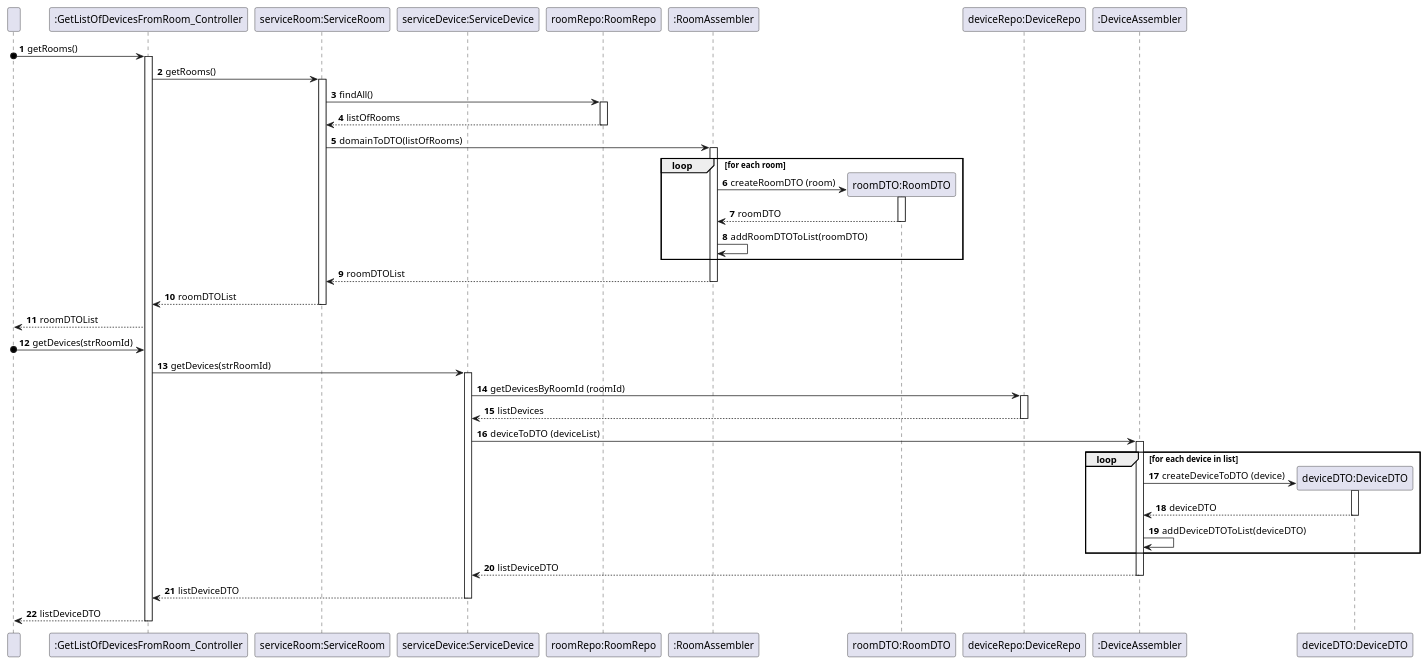
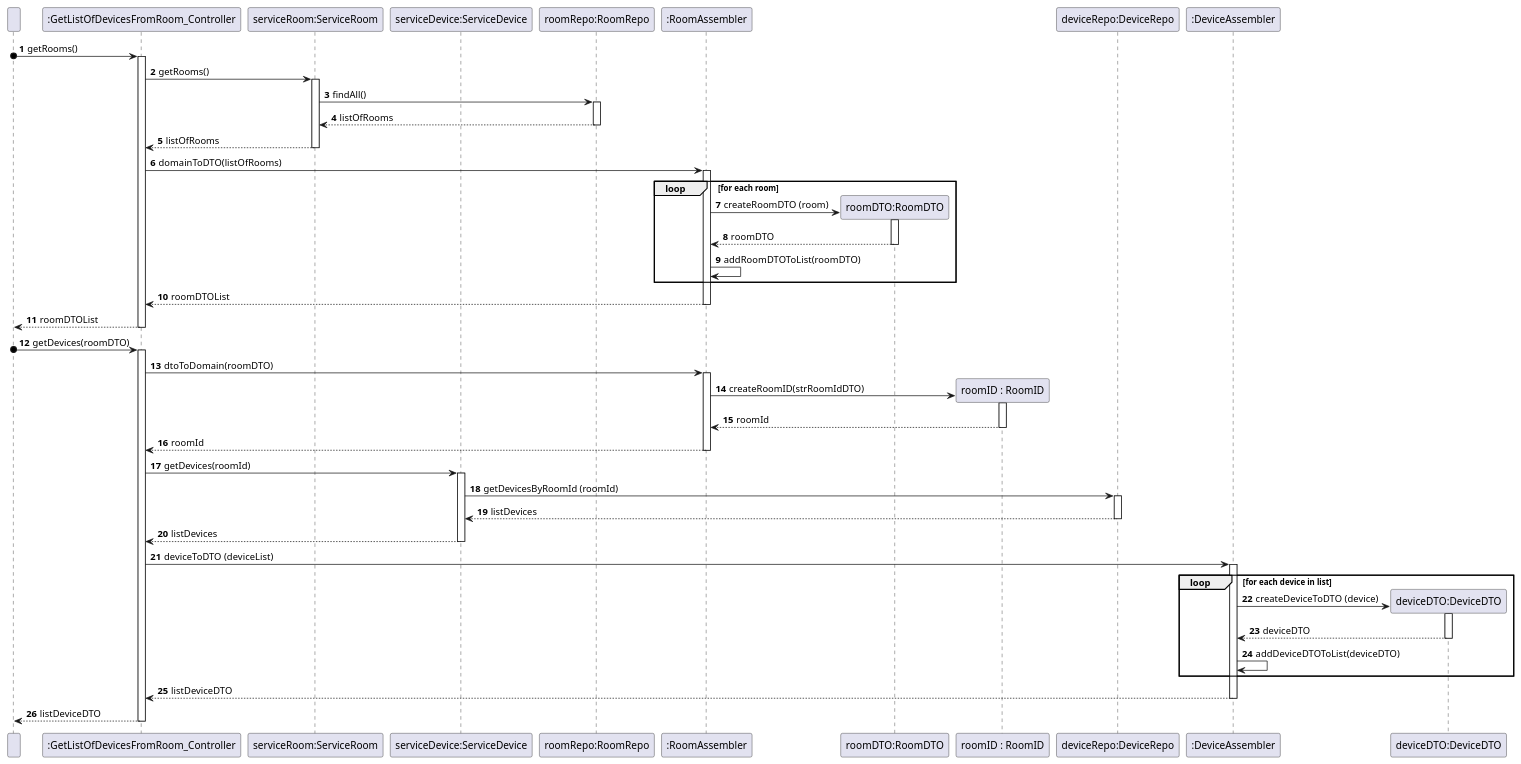
One commit to olivDiogo/SmartHome changed the diagram in docs/userStories/us06/artifacts/US06SD.puml. Above: the diagram before and after it, drawn with PlantUML.

Commit message:
docs: refactor of SDof US006 #76

```diff
--- a/docs/userStories/us06/artifacts/US06SD.puml
+++ b/docs/userStories/us06/artifacts/US06SD.puml
@@ -1,113 +1,140 @@
 @startuml
 'https://plantuml.com/sequence-diagram
 participant " " as User
 participant ":GetListOfDevicesFromRoom_Controller" as GetListOfDevicesFromRoom_Controller
 
 participant "serviceRoom:ServiceRoom" as ServiceRoom
 participant "serviceDevice:ServiceDevice" as ServiceDevice
 
 participant "roomRepo:RoomRepo" as RoomRepo
 participant ":RoomAssembler" as RoomAssembler
+
 participant "roomDTO:RoomDTO" as RoomDTO
+
+participant "roomID : RoomID" as RoomID
 
 participant "deviceRepo:DeviceRepo" as DeviceRepo
 participant ":DeviceAssembler" as DeviceAssembler
 participant "deviceDTO:DeviceDTO" as DeviceDTO
 
 autonumber
 
 User o-> GetListOfDevicesFromRoom_Controller: getRooms()
 
 activate GetListOfDevicesFromRoom_Controller
 
 GetListOfDevicesFromRoom_Controller -> ServiceRoom: getRooms()
 
 activate ServiceRoom
 
 ServiceRoom -> RoomRepo: findAll()
 
 activate RoomRepo
 
 RoomRepo --> ServiceRoom: listOfRooms
 
 deactivate RoomRepo
 
-ServiceRoom -> RoomAssembler : domainToDTO(listOfRooms)
+ServiceRoom --> GetListOfDevicesFromRoom_Controller: listOfRooms
+
+deactivate ServiceRoom
+
+GetListOfDevicesFromRoom_Controller -> RoomAssembler : domainToDTO(listOfRooms)
 
 activate RoomAssembler
 
 loop for each room
 
     create RoomDTO
 
     RoomAssembler -> RoomDTO: createRoomDTO (room)
 
      activate RoomDTO
 
      RoomDTO --> RoomAssembler: roomDTO
 
       deactivate RoomDTO
 
      RoomAssembler -> RoomAssembler: addRoomDTOToList(roomDTO)
 
 end
-RoomAssembler --> ServiceRoom: roomDTOList
+RoomAssembler --> GetListOfDevicesFromRoom_Controller: roomDTOList
 
 deactivate RoomAssembler
 
-ServiceRoom --> GetListOfDevicesFromRoom_Controller: roomDTOList
-
-deactivate ServiceRoom
-
 GetListOfDevicesFromRoom_Controller --> User : roomDTOList
 
-User o-> GetListOfDevicesFromRoom_Controller: getDevices(strRoomId)
+deactivate GetListOfDevicesFromRoom_Controller
 
-GetListOfDevicesFromRoom_Controller -> ServiceDevice: getDevices(strRoomId)
+User o-> GetListOfDevicesFromRoom_Controller: getDevices(roomDTO)
+
+activate GetListOfDevicesFromRoom_Controller
+
+GetListOfDevicesFromRoom_Controller -> RoomAssembler : dtoToDomain(roomDTO)
+
+activate RoomAssembler
+
+create RoomID
+
+RoomAssembler -> RoomID: createRoomID(strRoomIdDTO)
+
+activate RoomID
+
+RoomID --> RoomAssembler: roomId
+
+deactivate RoomID
+
+RoomAssembler --> GetListOfDevicesFromRoom_Controller: roomId
+
+deactivate RoomAssembler
+
+GetListOfDevicesFromRoom_Controller -> ServiceDevice: getDevices(roomId)
 
 activate ServiceDevice
 
 ServiceDevice -> DeviceRepo: getDevicesByRoomId (roomId)
 
 activate DeviceRepo
 
 DeviceRepo --> ServiceDevice: listDevices
 
 deactivate DeviceRepo
 
-ServiceDevice  -> DeviceAssembler: deviceToDTO (deviceList)
+ServiceDevice --> GetListOfDevicesFromRoom_Controller: listDevices
+
+deactivate ServiceDevice
+
+GetListOfDevicesFromRoom_Controller  -> DeviceAssembler: deviceToDTO (deviceList)
 
 activate DeviceAssembler
 
 loop for each device in list
     create DeviceDTO
 
     DeviceAssembler -> DeviceDTO: createDeviceToDTO (device)
 
     activate DeviceDTO
 
     DeviceDTO --> DeviceAssembler: deviceDTO
 
     deactivate DeviceDTO
 
     DeviceAssembler -> DeviceAssembler: addDeviceDTOToList(deviceDTO)
 
 end
-DeviceAssembler --> ServiceDevice: listDeviceDTO
+DeviceAssembler --> GetListOfDevicesFromRoom_Controller: listDeviceDTO
 
 deactivate DeviceAssembler
-
-ServiceDevice --> GetListOfDevicesFromRoom_Controller: listDeviceDTO
 
 deactivate ServiceDevice
 
 GetListOfDevicesFromRoom_Controller --> User : listDeviceDTO
 
 deactivate GetListOfDevicesFromRoom_Controller
 
 
 
 
 
 
 @enduml
```
